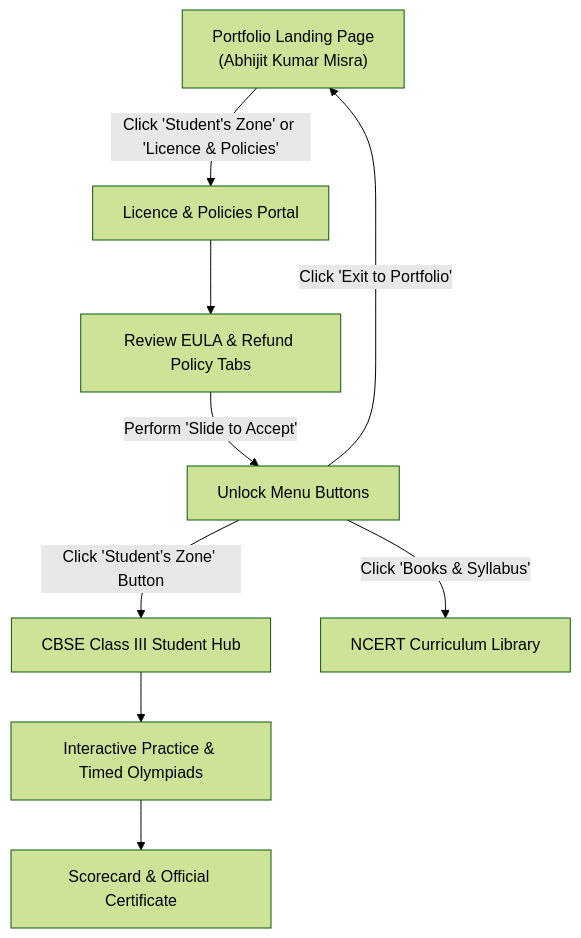
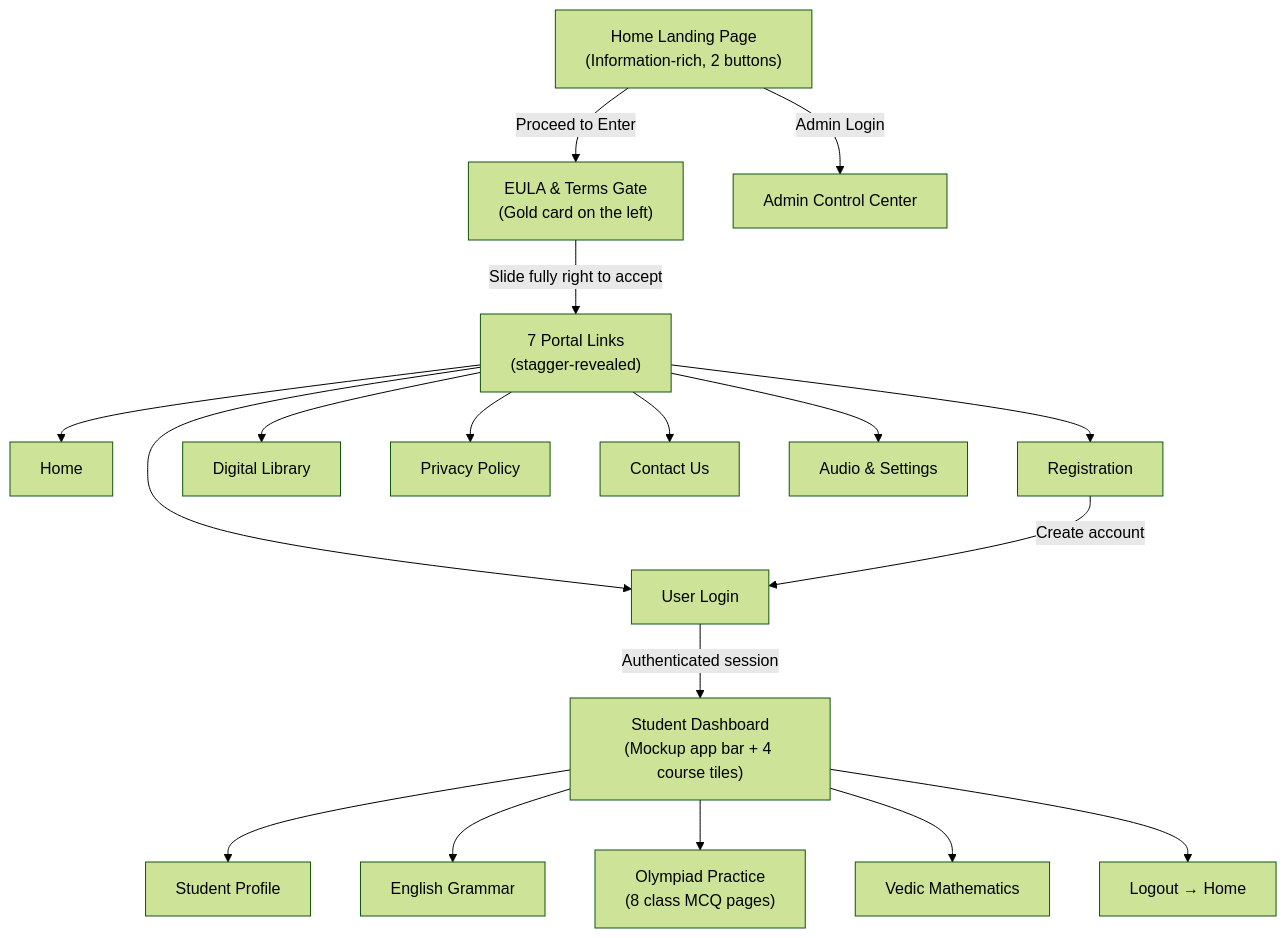
Before and after one commit to Jitu85/Super: the diagram in README.md, drawn with Mermaid (forest theme). The commit also changed other lines of this file and 11 other files, not shown here.

````diff
--- a/README.md
+++ b/README.md
@@ -50,11 +54,20 @@
 ```mermaid
 graph TD
-    A["Portfolio Landing Page<br/>(Abhijit Kumar Misra)"] -->|"Click 'Student's Zone' or 'Licence & Policies'"| B["Licence & Policies Portal"]
-    B --> C["Review EULA & Refund Policy Tabs"]
-    C -->|"Perform 'Slide to Accept'"| D["Unlock Menu Buttons"]
-    D -->|"Click 'Student’s Zone' Button"| E["CBSE Class III Student Hub"]
-    D -->|"Click 'Books & Syllabus'"| F["NCERT Curriculum Library"]
-    D -->|"Click 'Exit to Portfolio'"| A
-    E --> G["Interactive Practice & Timed Olympiads"]
-    G --> H["Scorecard & Official Certificate"]
+    A["Home Landing Page<br/>(Information-rich, 2 buttons)"] -->|"Proceed to Enter"| B["EULA & Terms Gate<br/>(Gold card on the left)"]
+    A -->|"Admin Login"| Z["Admin Control Center"]
+    B -->|"Slide fully right to accept"| C["7 Portal Links<br/>(stagger-revealed)"]
+    C --> H1["Home"]
+    C --> R1["Registration"]
+    C --> L1["User Login"]
+    C --> D1["Digital Library"]
+    C --> P1["Privacy Policy"]
+    C --> C1["Contact Us"]
+    C --> S1["Audio & Settings"]
+    R1 -->|"Create account"| L1
+    L1 -->|"Authenticated session"| T["Student Dashboard<br/>(Mockup app bar + 4 course tiles)"]
+    T --> T1["Student Profile"]
+    T --> T2["English Grammar"]
+    T --> T3["Olympiad Practice<br/>(8 class MCQ pages)"]
+    T --> T4["Vedic Mathematics"]
+    T --> T5["Logout → Home"]
 ```
````
